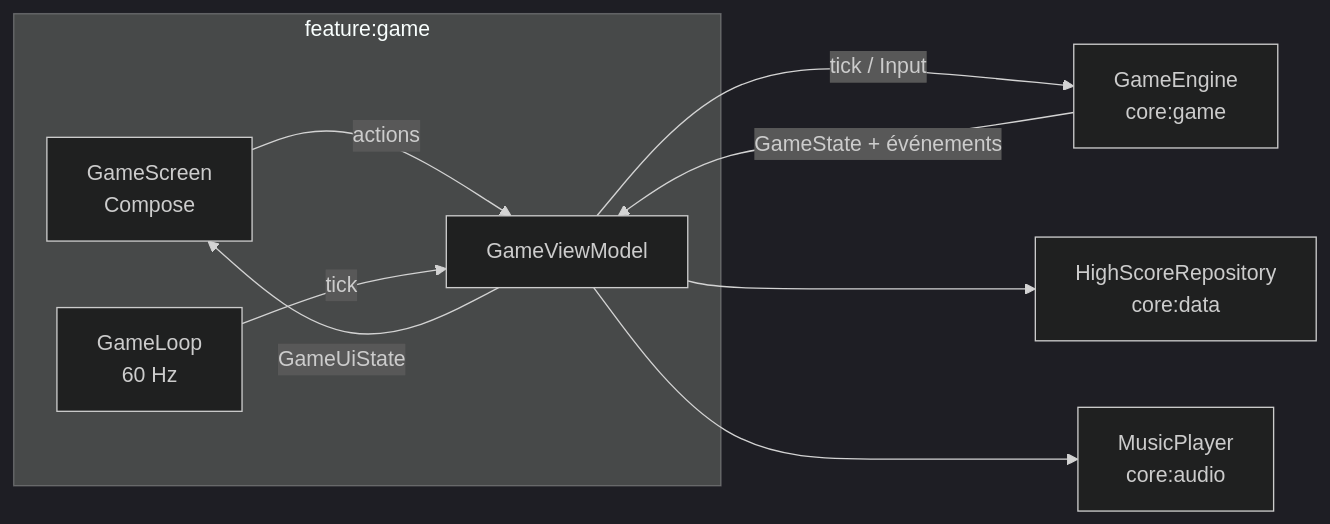
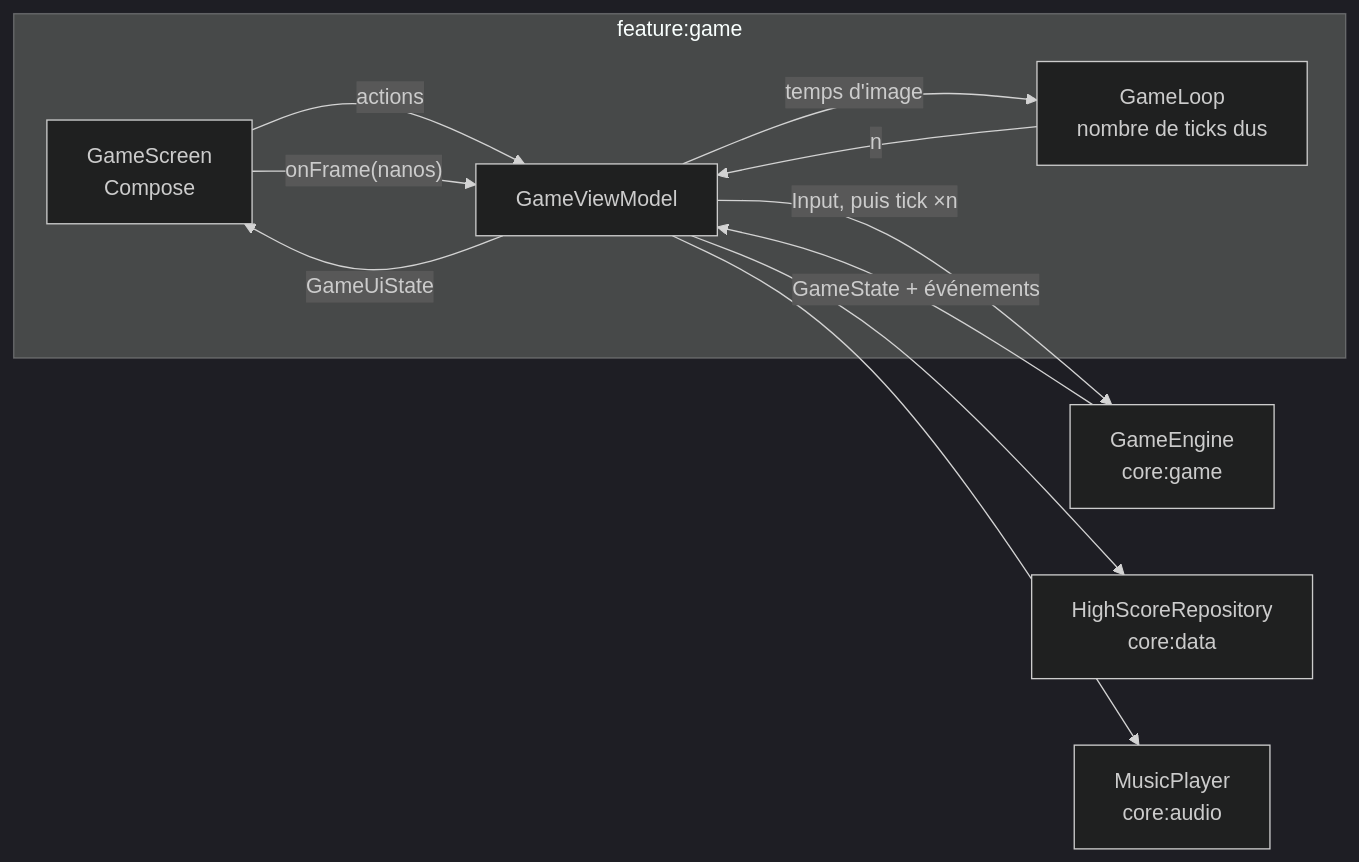
The second of 2 diagrams in docs/architecture.md (magori/blox), drawn with Mermaid (dark theme) before and after one commit. The commit also changed other lines of this file and 35 other files, not shown here.

````diff
--- a/docs/architecture.md
+++ b/docs/architecture.md
@@ -65,12 +67,14 @@
 ```mermaid
 graph LR
     subgraph feature:game
         Screen[GameScreen<br/>Compose] -- actions --> VM[GameViewModel]
         VM -- GameUiState --> Screen
-        Loop[GameLoop<br/>60 Hz] -- tick --> VM
+        Screen -- onFrame(nanos) --> VM
+        VM -- temps d'image --> Loop[GameLoop<br/>nombre de ticks dus]
+        Loop -- n --> VM
     end
-    VM -- tick / Input --> Engine[GameEngine<br/>core:game]
+    VM -- Input, puis tick ×n --> Engine[GameEngine<br/>core:game]
     Engine -- GameState + événements --> VM
     VM --> Repo[HighScoreRepository<br/>core:data]
     VM --> Music[MusicPlayer<br/>core:audio]
 ```
````
